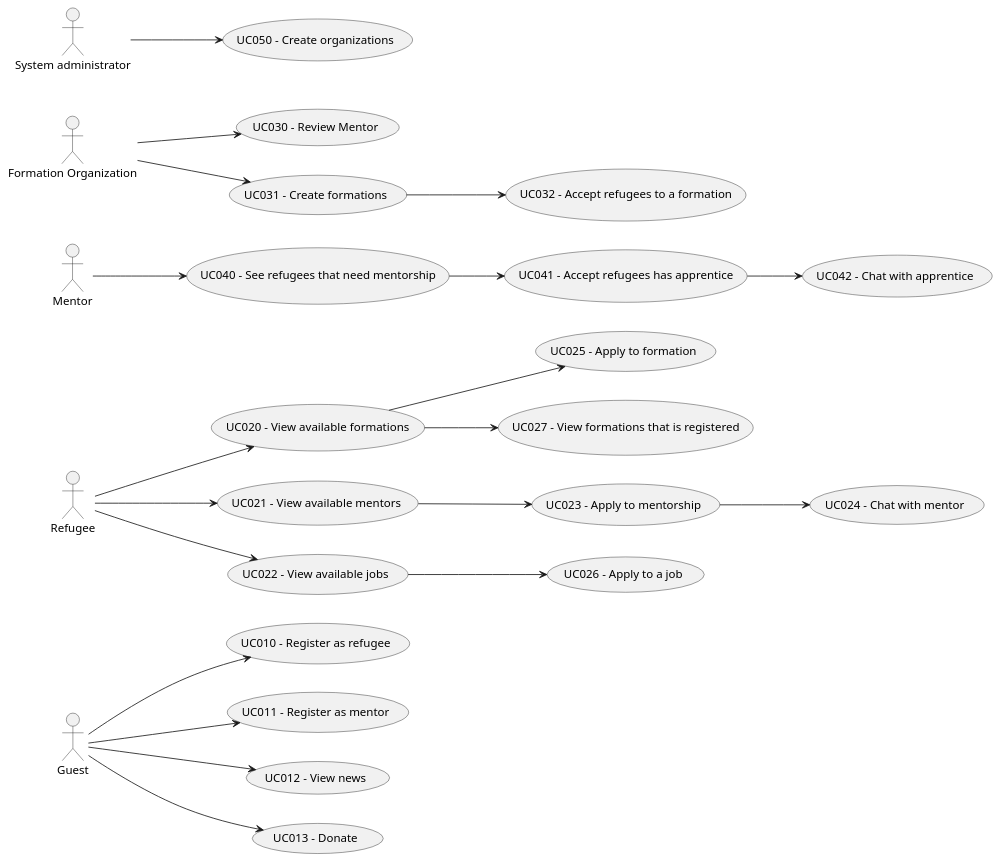
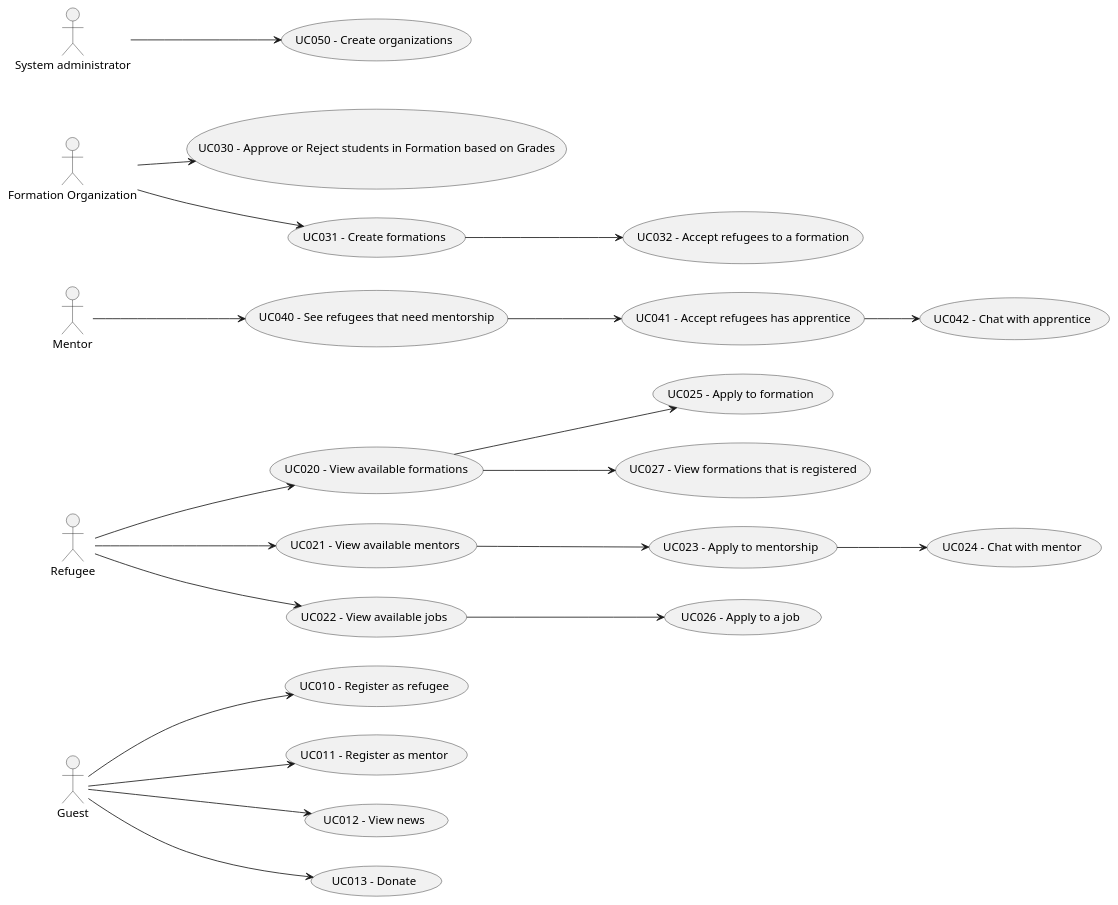
One commit to kanzodotjava/RefugeeLINK changed the diagram in Doc/Requirements/puml/UseCaseDiagram.puml. Above: the diagram before and after it, drawn with PlantUML. The commit also changed 6 other files, not shown here.

Commit message:
Add classDiagram and change UC030

```diff
--- a/Doc/Requirements/puml/UseCaseDiagram.puml
+++ b/Doc/Requirements/puml/UseCaseDiagram.puml
@@ -1,66 +1,66 @@
 @startuml
 
 left to right direction
 
 actor "Guest" as Guest
 actor "Refugee" as Refugee
 actor "Mentor" as Mentor
 actor "Formation Organization" as Org
 actor "System administrator" as Admin
 
 usecase "UC010 - Register as refugee" as UC010
 usecase "UC011 - Register as mentor" as UC011
 usecase "UC012 - View news" as UC012
 usecase "UC013 - Donate" as UC013
 
 
 usecase "UC020 - View available formations" as UC020
 usecase "UC021 - View available mentors" as UC021
 usecase "UC022 - View available jobs" as UC022
 usecase "UC023 - Apply to mentorship" as UC023
 usecase "UC024 - Chat with mentor" as UC024
 usecase "UC025 - Apply to formation" as UC025
 usecase "UC026 - Apply to a job" as UC026
 usecase "UC027 - View formations that is registered" as UC027
 
 
-usecase "UC030 - Review Mentor" as UC030
+usecase "UC030 - Approve or Reject students in Formation based on Grades" as UC030
 usecase "UC031 - Create formations" as UC031
 usecase "UC032 - Accept refugees to a formation" as UC032
 
 usecase "UC040 - See refugees that need mentorship" as UC040
 usecase "UC041 - Accept refugees has apprentice" as UC041
 usecase "UC042 - Chat with apprentice" as UC042
 
 usecase "UC050 - Create organizations" as UC050
 
 
 Guest --> UC010
 Guest --> UC011
 Guest --> UC012
 Guest --> UC013
 
 Refugee --> UC020
 Refugee --> UC021
 Refugee --> UC022
 
 Org --> UC030
 Org --> UC031
 
 Mentor --> UC040
 
 Admin --> UC050
 
 UC021 --> UC023
 UC023 --> UC024
 UC020 --> UC025
 UC040 --> UC041
 UC041 --> UC042
 UC022 --> UC026
 UC031 --> UC032
 UC020 --> UC027
 
 
 
 
 @enduml
```
